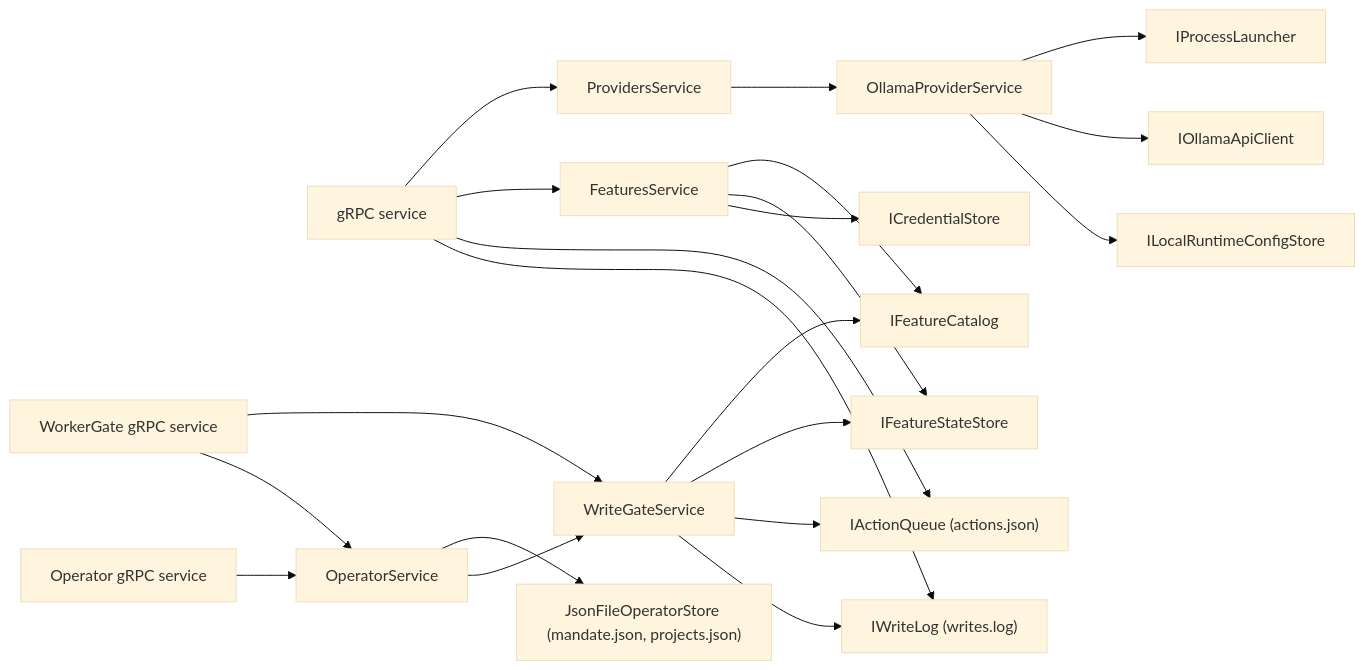
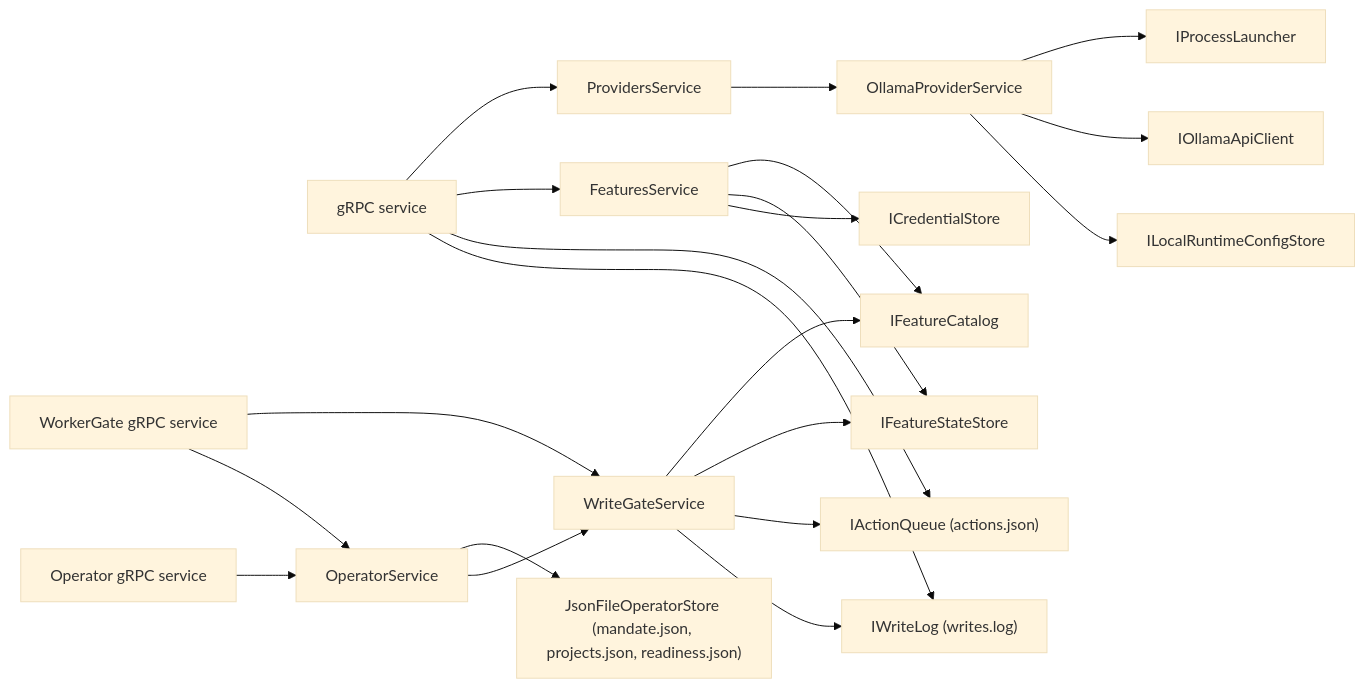
The diagram in vault/pages/services/control-plane.md (vitorafgomes/scout), drawn with Mermaid (base theme) before and after one commit. The commit also changed other lines of this file and 81 other files, not shown here.

````diff
--- a/vault/pages/services/control-plane.md
+++ b/vault/pages/services/control-plane.md
@@ -47,23 +47,23 @@
 ```mermaid
 flowchart LR
     ui["gRPC service"] --> ps["ProvidersService"]
     ps --> ol["OllamaProviderService"]
     ol --> pl["IProcessLauncher"]
     ol --> api["IOllamaApiClient"]
     ol --> cfg["ILocalRuntimeConfigStore"]
     ui --> fs["FeaturesService"]
     fs --> cat["IFeatureCatalog"]
     fs --> st["IFeatureStateStore"]
     fs --> cr["ICredentialStore"]
     ui --> aq["IActionQueue (actions.json)"]
     ui --> wl["IWriteLog (writes.log)"]
     wg["WorkerGate gRPC service"] --> gate["WriteGateService"]
     gate --> cat
     gate --> st
     gate --> aq
     gate --> wl
     op["Operator gRPC service"] --> os["OperatorService"]
     wg --> os
-    os --> ost["JsonFileOperatorStore (mandate.json, projects.json)"]
+    os --> ost["JsonFileOperatorStore (mandate.json, projects.json, readiness.json)"]
     os --> gate
 ```
````
